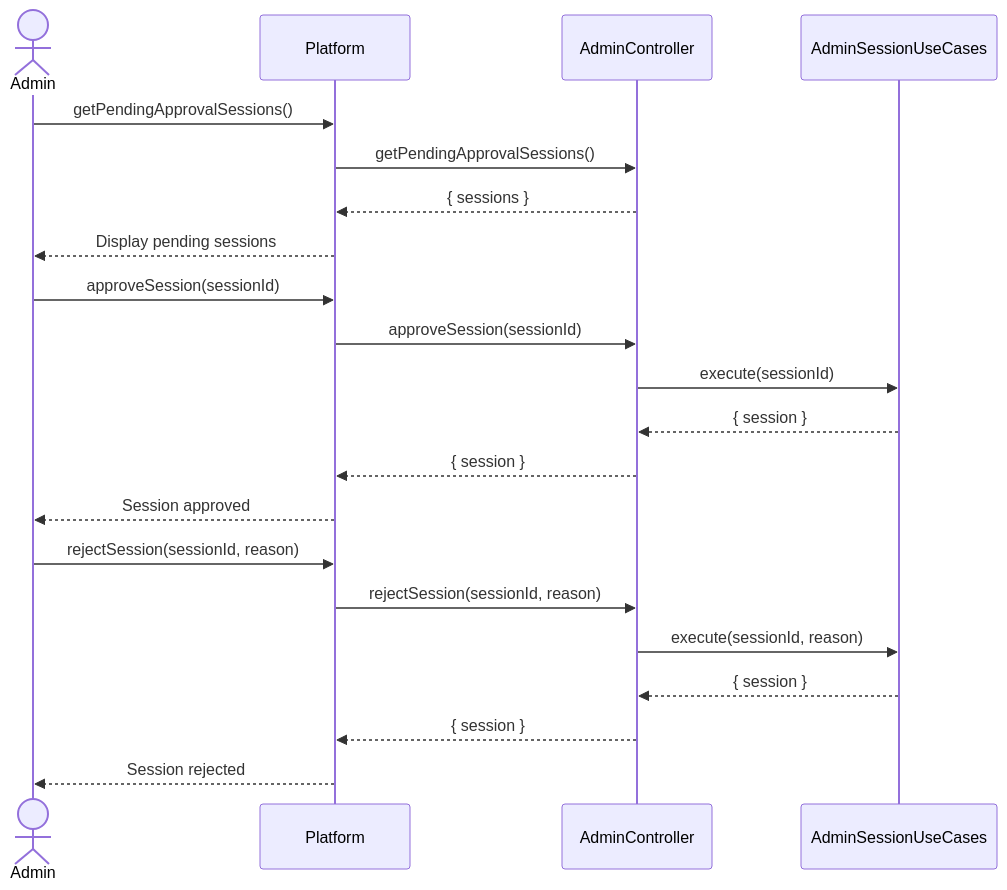
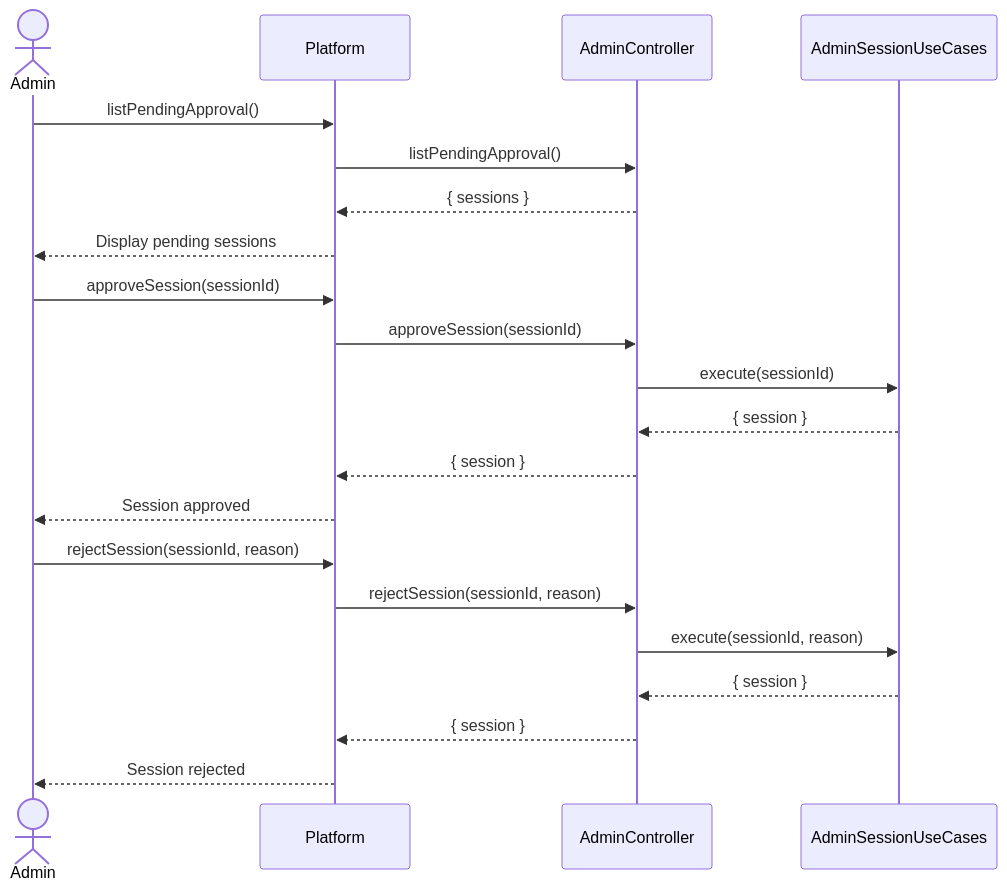
Before and after one commit to NovaLogic-Systems/gestArtes-docs: diagram 20 of 20 in diagrams/Sequence Diagram/sequencediagram.md, drawn with Mermaid. The commit also changed other lines of this file and 21 other files, not shown here.

First line of the commit message:
feat(diagrams): update class diagram and sequence diagram with new methods and entities

````diff
--- a/diagrams/Sequence Diagram/sequencediagram.md
+++ b/diagrams/Sequence Diagram/sequencediagram.md
@@ -696,26 +696,26 @@
 ```mermaid
 sequenceDiagram
     actor Admin
     participant Platform as Platform
     participant AdminController as AdminController
     participant AdminSessionUseCases as AdminSessionUseCases
 
-    Admin->>Platform: getPendingApprovalSessions()
-    Platform->>AdminController: getPendingApprovalSessions()
+    Admin->>Platform: listPendingApproval()
+    Platform->>AdminController: listPendingApproval()
     AdminController-->>Platform: { sessions }
     Platform-->>Admin: Display pending sessions
 
     Admin->>Platform: approveSession(sessionId)
     Platform->>AdminController: approveSession(sessionId)
     AdminController->>AdminSessionUseCases: execute(sessionId)
     AdminSessionUseCases-->>AdminController: { session }
     AdminController-->>Platform: { session }
     Platform-->>Admin: Session approved
 
     Admin->>Platform: rejectSession(sessionId, reason)
     Platform->>AdminController: rejectSession(sessionId, reason)
     AdminController->>AdminSessionUseCases: execute(sessionId, reason)
     AdminSessionUseCases-->>AdminController: { session }
     AdminController-->>Platform: { session }
     Platform-->>Admin: Session rejected
 ```
````
